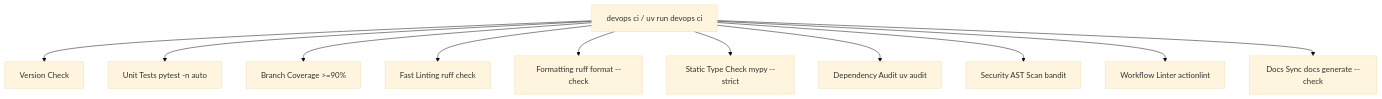
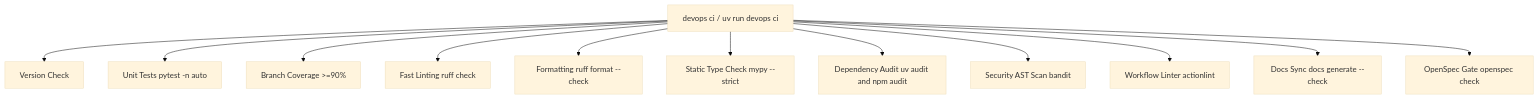
The diagram in src/devops_cli/ai/knowledge_base/devops_cli/tasks/ci_quality_gate.md (dan-petty/devops-cli), drawn with Mermaid (base theme) before and after one commit. The commit also changed other lines of this file and 667 other files, not shown here.

````diff
--- a/src/devops_cli/ai/knowledge_base/devops_cli/tasks/ci_quality_gate.md
+++ b/src/devops_cli/ai/knowledge_base/devops_cli/tasks/ci_quality_gate.md
@@ -11,13 +11,14 @@
 ```mermaid
 graph TD
     A[devops ci / uv run devops ci] --> B[Version Check]
     A --> C[Unit Tests pytest -n auto]
     A --> D[Branch Coverage >=90%]
     A --> E[Fast Linting ruff check]
     A --> F[Formatting ruff format --check]
     A --> G[Static Type Check mypy --strict]
-    A --> H[Dependency Audit uv audit]
+    A --> H[Dependency Audit uv audit and npm audit]
     A --> I[Security AST Scan bandit]
     A --> J[Workflow Linter actionlint]
     A --> K[Docs Sync docs generate --check]
+    A --> L[OpenSpec Gate openspec check]
 ```
````
